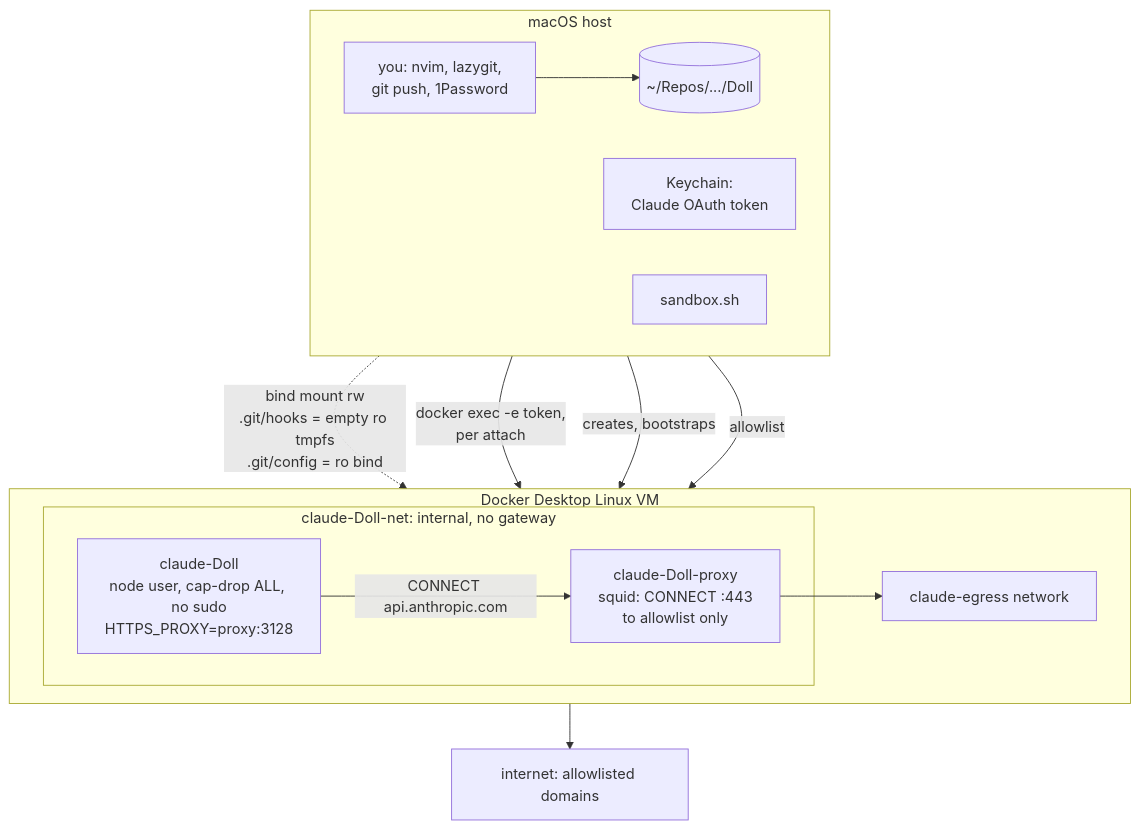
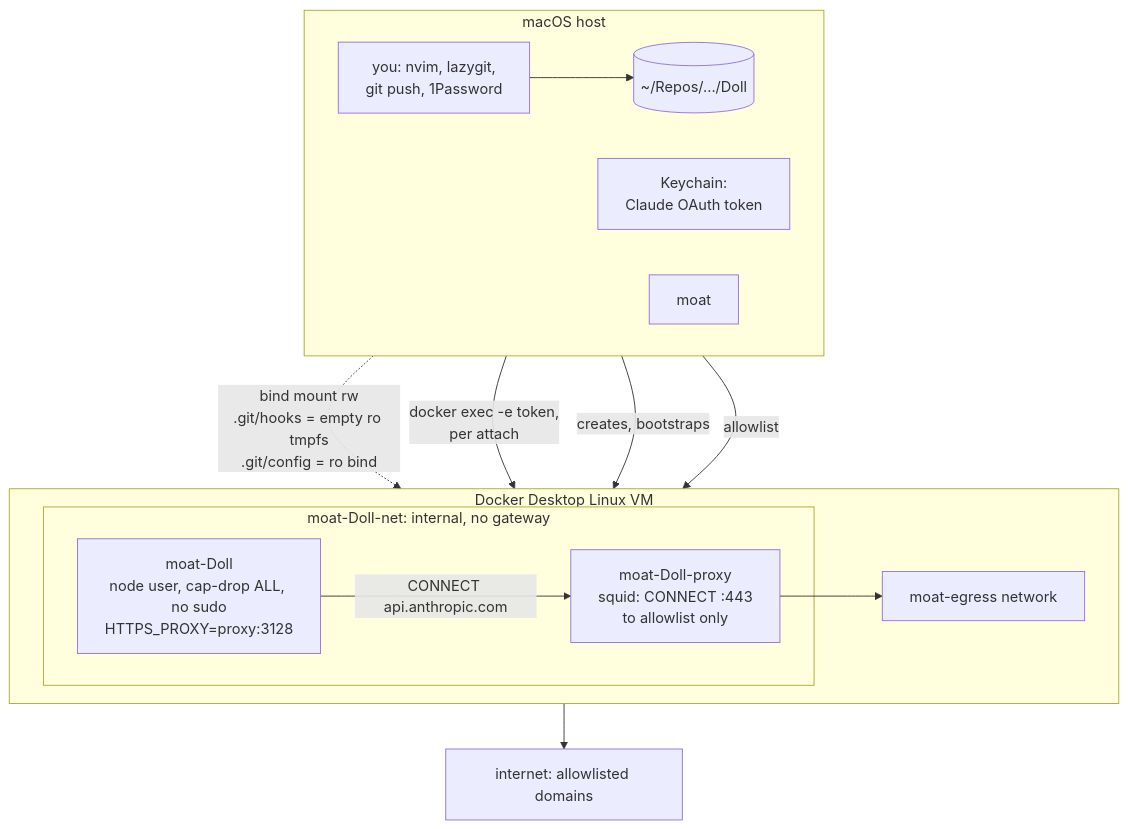
One commit to marhaasa/eredo changed the first of 7 diagrams in ARCHITECTURE.md. Above: the diagram before and after it, drawn with Mermaid. The commit also changed other lines of this file and 14 other files, not shown here.

````diff
--- a/ARCHITECTURE.md
+++ b/ARCHITECTURE.md
@@ -19,26 +19,26 @@
 ```mermaid
 flowchart TB
   subgraph host["macOS host"]
     direction LR
     you["you: nvim, lazygit,<br/>git push, 1Password"]
     repo[("~/Repos/.../Doll")]
     kc["Keychain:<br/>Claude OAuth token"]
-    script["sandbox.sh"]
+    script["moat"]
     you --> repo
   end
   subgraph vm["Docker Desktop Linux VM"]
     direction LR
-    subgraph inet["claude-Doll-net: internal, no gateway"]
-      sbx["claude-Doll<br/>node user, cap-drop ALL, no sudo<br/>HTTPS_PROXY=proxy:3128"]
-      px["claude-Doll-proxy<br/>squid: CONNECT :443<br/>to allowlist only"]
+    subgraph inet["moat-Doll-net: internal, no gateway"]
+      sbx["moat-Doll<br/>node user, cap-drop ALL, no sudo<br/>HTTPS_PROXY=proxy:3128"]
+      px["moat-Doll-proxy<br/>squid: CONNECT :443<br/>to allowlist only"]
     end
-    egress["claude-egress network"]
+    egress["moat-egress network"]
     sbx -- "CONNECT api.anthropic.com" --> px --> egress
   end
   net["internet: allowlisted domains"]
   repo -. "bind mount rw<br/>.git/hooks = empty ro tmpfs<br/>.git/config = ro bind" .-> sbx
   kc -- "docker exec -e token,<br/>per attach" --> sbx
   script -- "creates, bootstraps" --> sbx
   script -- "allowlist" --> px
   egress --> net
 ```
````
